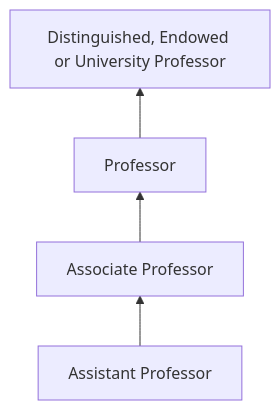
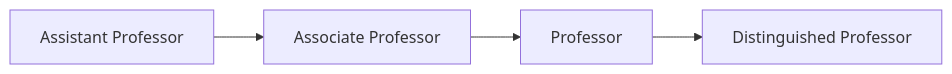
One commit to paytonrodman/paytonrodman.github.io changed the second of 3 diagrams in content/resource/grad-FAQ/before/research.md. Above: the diagram before and after it, drawn with Mermaid. The commit also changed other lines of this file, not shown here.

````diff
--- a/content/resource/grad-FAQ/before/research.md
+++ b/content/resource/grad-FAQ/before/research.md
@@ -111,6 +111,6 @@
 ```mermaid
-graph BT;
+graph LR;
   A[Assistant Professor]-->B[Associate Professor];
   B[Associate Professor]-->C[Professor];
-  C[Professor]-->D[Distinguished, Endowed or University Professor];
+  C[Professor]-->D[Distinguished Professor];
 ```
````
